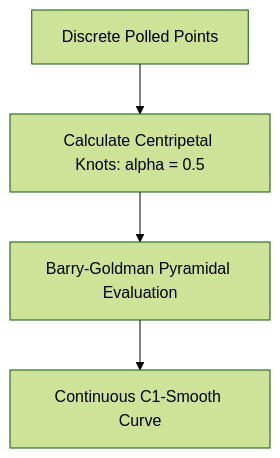
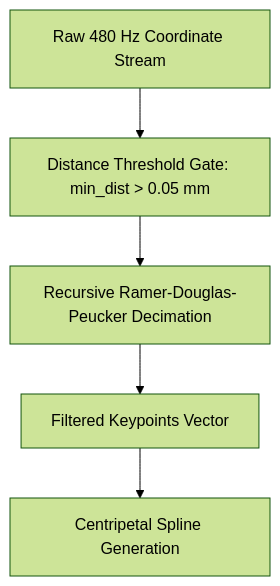
Before and after one commit to 3dWonderGuy/FolioNote: the diagram in docs/math/rdp-decimation.md, drawn with Mermaid (forest theme). The commit also changed other lines of this file, not shown here.

First line of the commit message:
Revise RDP decimation documentation

````diff
--- a/docs/math/rdp-decimation.md
+++ b/docs/math/rdp-decimation.md
@@ -15,6 +11,7 @@
 ```mermaid
 flowchart TD
-    Raw[Discrete Polled Points] --> Knot[Calculate Centripetal Knots: alpha = 0.5]
-    Knot --> Eval[Barry-Goldman Pyramidal Evaluation]
-    Eval --> Smooth[Continuous C1-Smooth Curve]
+    A[Raw 480 Hz Coordinate Stream] --> B[Distance Threshold Gate: min_dist > 0.05 mm]
+    B --> C[Recursive Ramer-Douglas-Peucker Decimation]
+    C --> D[Filtered Keypoints Vector]
+    D --> E[Centripetal Spline Generation]
 ```
````
